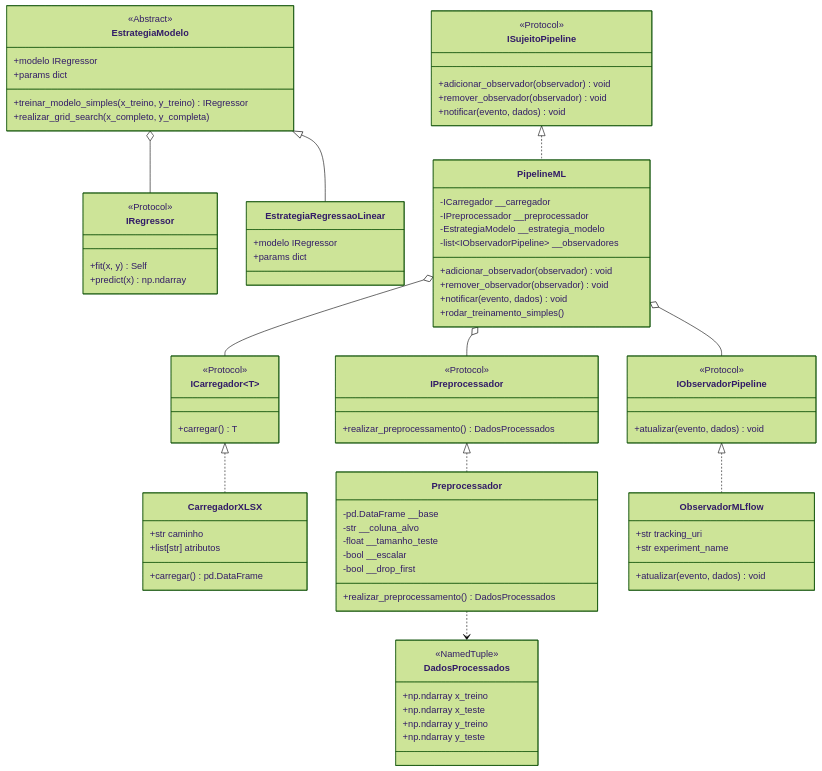
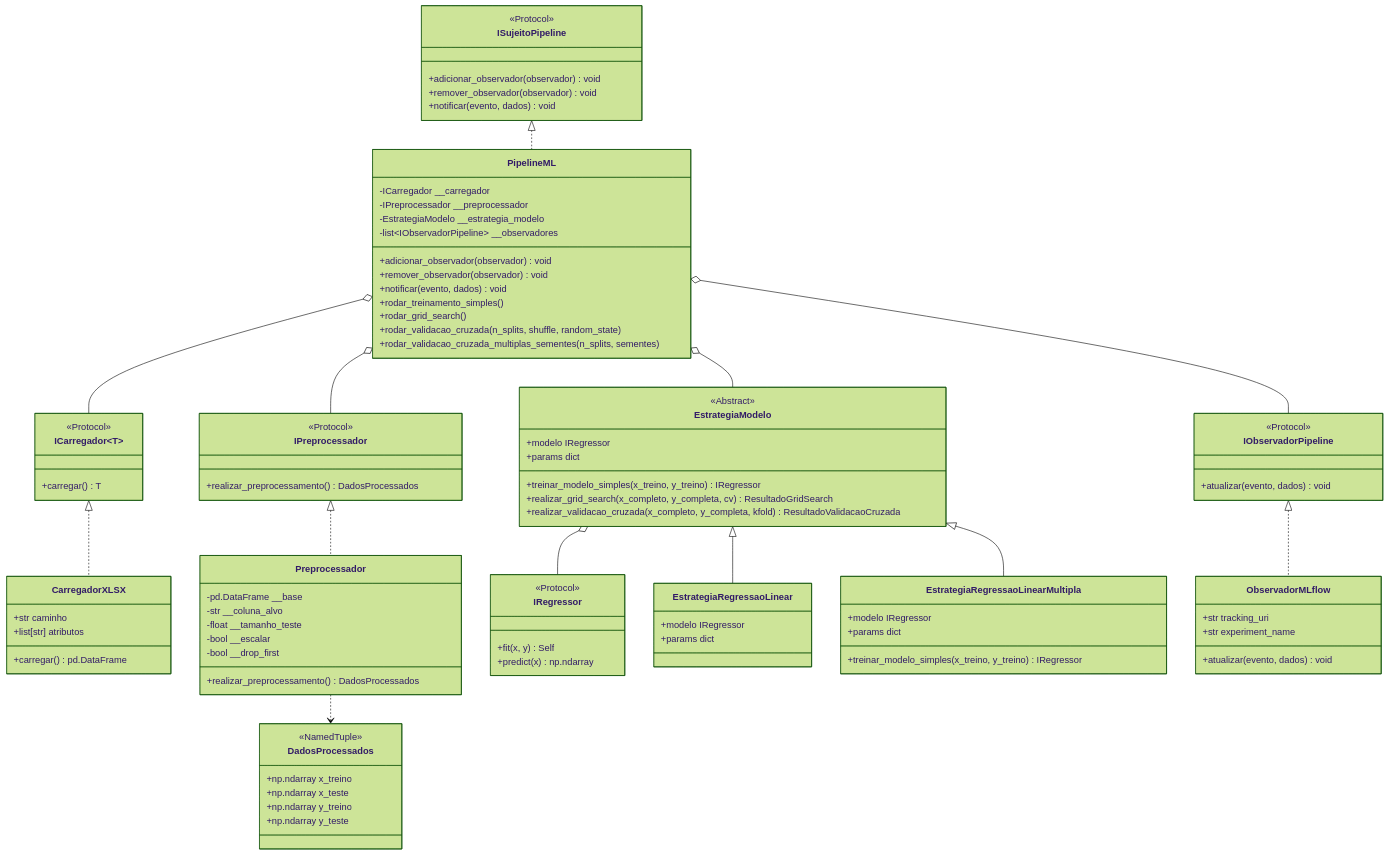
One commit to rodrigorocha1234/previsao_preco_apartamentos_rp_v3 changed the first of 5 diagrams in README.md. Above: the diagram before and after it, drawn with Mermaid (forest theme). The commit also changed other lines of this file and 1 other file, not shown here.

Commit message:
feat: add unit tests and documentation for multiple linear regression strategy

````diff
--- a/README.md
+++ b/README.md
@@ -86,12 +96,19 @@
         +modelo IRegressor
         +params dict
         +treinar_modelo_simples(x_treino, y_treino) IRegressor
-        +realizar_grid_search(x_completo, y_completa)
+        +realizar_grid_search(x_completo, y_completa, cv) ResultadoGridSearch
+        +realizar_validacao_cruzada(x_completo, y_completa, kfold) ResultadoValidacaoCruzada
     }
 
     class EstrategiaRegressaoLinear {
         +modelo IRegressor
         +params dict
+    }
+
+    class EstrategiaRegressaoLinearMultipla {
+        +modelo IRegressor
+        +params dict
+        +treinar_modelo_simples(x_treino, y_treino) IRegressor
     }
 
     class IObservadorPipeline {
@@ -121,16 +138,21 @@
         +remover_observador(observador) void
         +notificar(evento, dados) void
         +rodar_treinamento_simples()
+        +rodar_grid_search()
+        +rodar_validacao_cruzada(n_splits, shuffle, random_state)
+        +rodar_validacao_cruzada_multiplas_sementes(n_splits, sementes)
     }
 
     ICarregador <|.. CarregadorXLSX
     IPreprocessador <|.. Preprocessador
     Preprocessador ..> DadosProcessados
     EstrategiaModelo <|-- EstrategiaRegressaoLinear
+    EstrategiaModelo <|-- EstrategiaRegressaoLinearMultipla
     EstrategiaModelo o-- IRegressor
     ISujeitoPipeline <|.. PipelineML
     IObservadorPipeline <|.. ObservadorMLflow
     PipelineML o-- ICarregador
     PipelineML o-- IPreprocessador
+    PipelineML o-- EstrategiaModelo
     PipelineML o-- IObservadorPipeline
 ```
````
